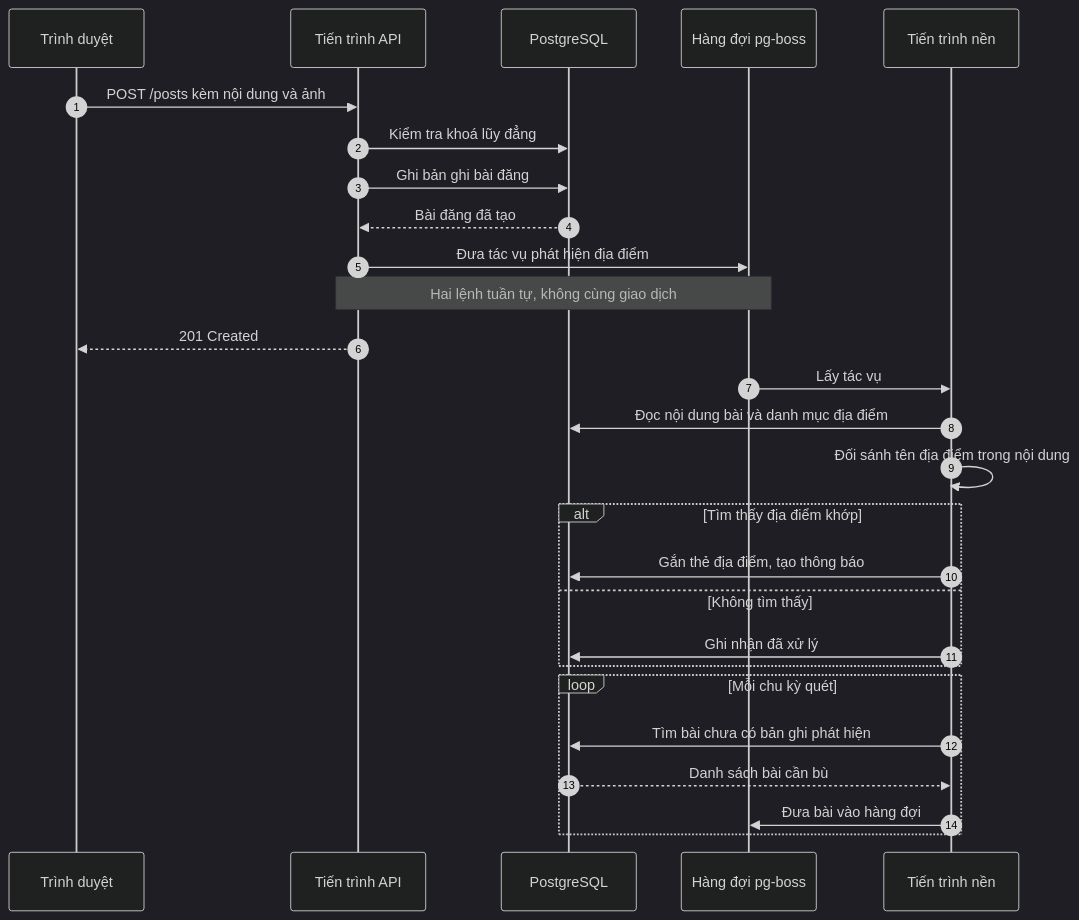
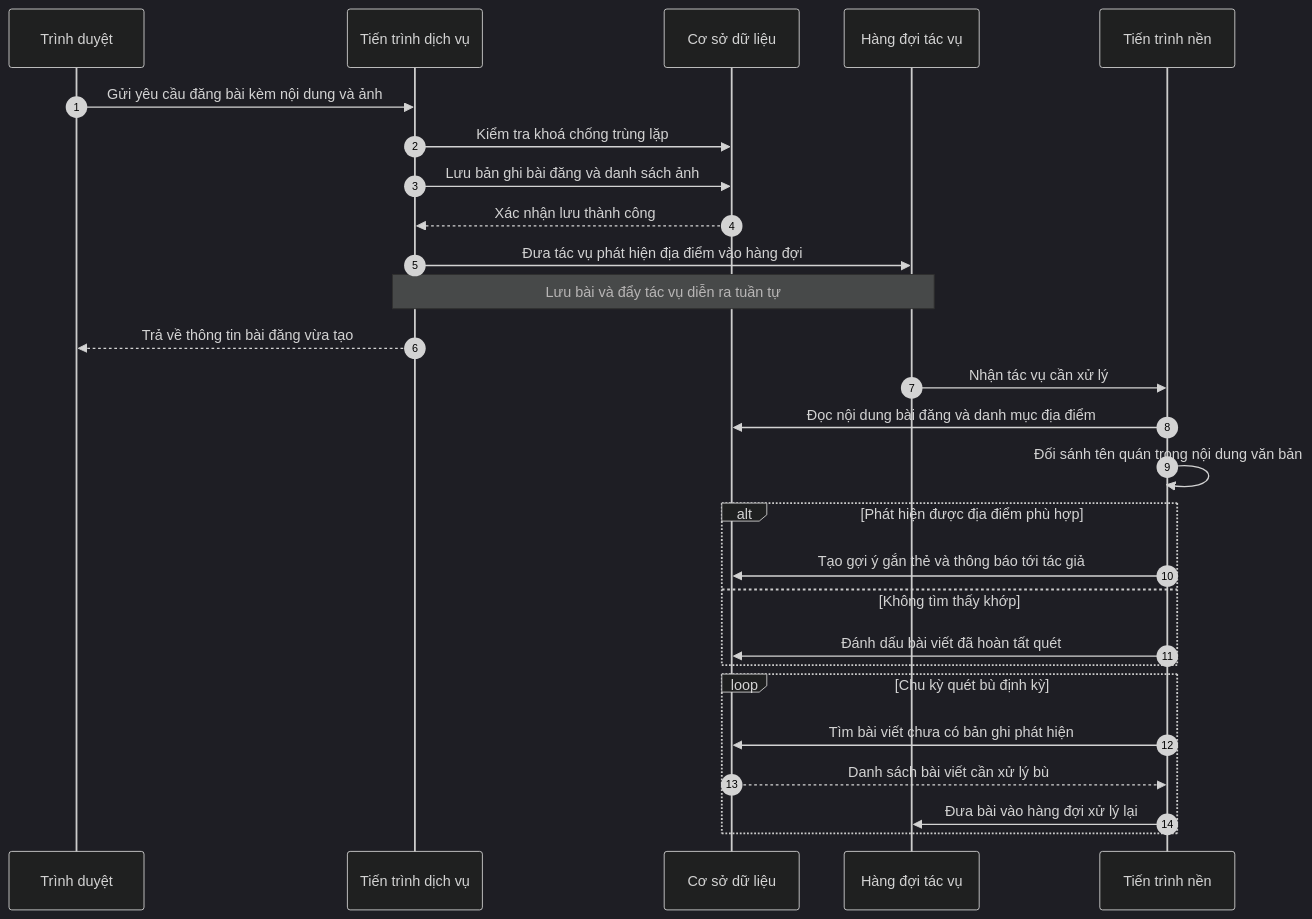
One commit to longqt321/Rendez-PBL6 changed the fifth of 24 diagrams in docs/bao-cao/BAO-CAO-DO-AN.md. Above: the diagram before and after it, drawn with Mermaid (dark theme). The commit also changed other lines of this file and 71 other files, not shown here.

Commit message:
feat(schema,backend): complete UX API features, role isolation, and submissions

````diff
--- a/docs/bao-cao/BAO-CAO-DO-AN.md
+++ b/docs/bao-cao/BAO-CAO-DO-AN.md
@@ -723,30 +813,30 @@
 ```mermaid
 sequenceDiagram
     autonumber
-    participant B as Trình duyệt
-    participant A as Tiến trình API
-    participant D as PostgreSQL
-    participant Q as Hàng đợi pg-boss
-    participant W as Tiến trình nền
+    participant TD as Trình duyệt
+    participant XL as Tiến trình dịch vụ
+    participant CSDL as Cơ sở dữ liệu
+    participant HD as Hàng đợi tác vụ
+    participant NN as Tiến trình nền
 
-    B->>A: POST /posts kèm nội dung và ảnh
-    A->>D: Kiểm tra khoá lũy đẳng
-    A->>D: Ghi bản ghi bài đăng
-    D-->>A: Bài đăng đã tạo
-    A->>Q: Đưa tác vụ phát hiện địa điểm
-    Note over A,Q: Hai lệnh tuần tự, không cùng giao dịch
-    A-->>B: 201 Created
-    Q->>W: Lấy tác vụ
-    W->>D: Đọc nội dung bài và danh mục địa điểm
-    W->>W: Đối sánh tên địa điểm trong nội dung
-    alt Tìm thấy địa điểm khớp
-        W->>D: Gắn thẻ địa điểm, tạo thông báo
-    else Không tìm thấy
-        W->>D: Ghi nhận đã xử lý
+    TD->>XL: Gửi yêu cầu đăng bài kèm nội dung và ảnh
+    XL->>CSDL: Kiểm tra khoá chống trùng lặp
+    XL->>CSDL: Lưu bản ghi bài đăng và danh sách ảnh
+    CSDL-->>XL: Xác nhận lưu thành công
+    XL->>HD: Đưa tác vụ phát hiện địa điểm vào hàng đợi
+    Note over XL,HD: Lưu bài và đẩy tác vụ diễn ra tuần tự
+    XL-->>TD: Trả về thông tin bài đăng vừa tạo
+    HD->>NN: Nhận tác vụ cần xử lý
+    NN->>CSDL: Đọc nội dung bài đăng và danh mục địa điểm
+    NN->>NN: Đối sánh tên quán trong nội dung văn bản
+    alt Phát hiện được địa điểm phù hợp
+        NN->>CSDL: Tạo gợi ý gắn thẻ và thông báo tới tác giả
+    else Không tìm thấy khớp
+        NN->>CSDL: Đánh dấu bài viết đã hoàn tất quét
     end
-    loop Mỗi chu kỳ quét
-        W->>D: Tìm bài chưa có bản ghi phát hiện
-        D-->>W: Danh sách bài cần bù
-        W->>Q: Đưa bài vào hàng đợi
+    loop Chu kỳ quét bù định kỳ
+        NN->>CSDL: Tìm bài viết chưa có bản ghi phát hiện
+        CSDL-->>NN: Danh sách bài viết cần xử lý bù
+        NN->>HD: Đưa bài vào hàng đợi xử lý lại
     end
 ```
````
